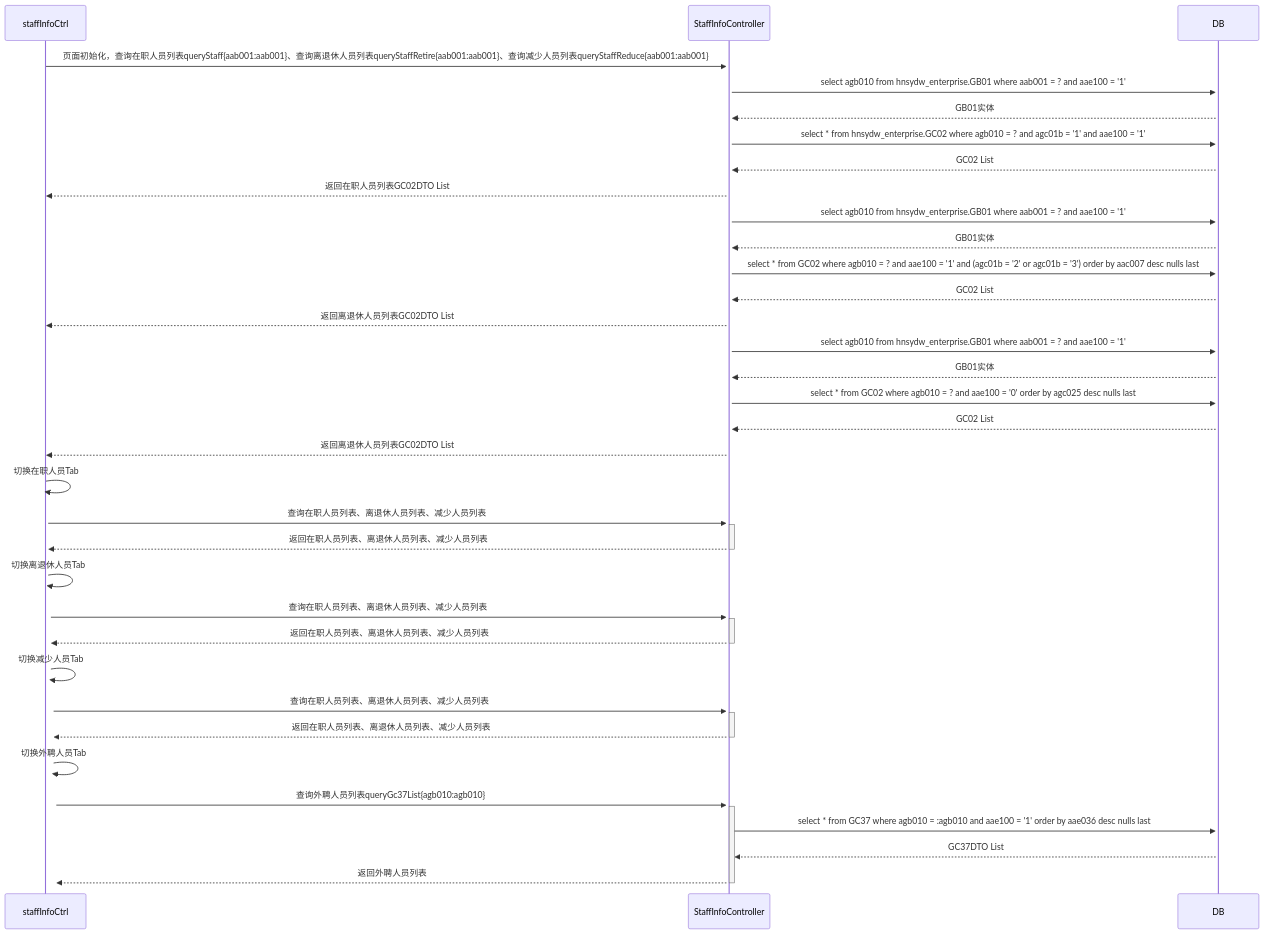
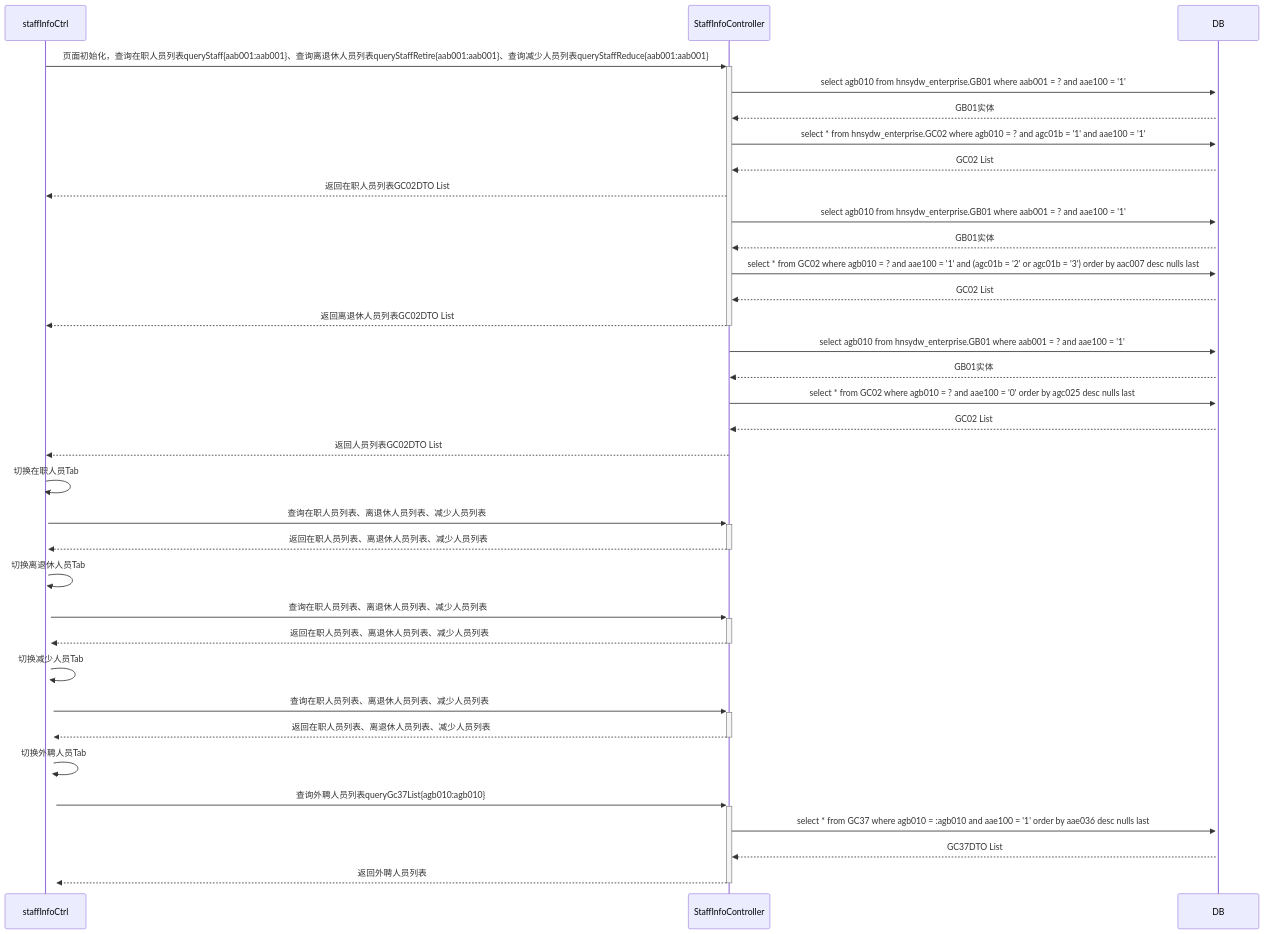
The diagram in all/未命名.md (ZhangJianBeiJing/iodraw-files), drawn with Mermaid before and after one commit.

Commit message:
2025-03-25 11:01:05 update

````diff
--- a/all/未命名.md
+++ b/all/未命名.md
@@ -1,38 +1,38 @@
 ```mermaid
 sequenceDiagram
     staffInfoCtrl->>+StaffInfoController:页面初始化，查询在职人员列表queryStaff{aab001:aab001}、查询离退休人员列表queryStaffRetire{aab001:aab001}、查询减少人员列表queryStaffReduce{aab001:aab001}
     
     StaffInfoController->>+DB:select agb010 from hnsydw_enterprise.GB01 where aab001 = ? and aae100 = '1'
     DB-->>StaffInfoController:GB01实体
     StaffInfoController->>+DB:select * from hnsydw_enterprise.GC02 where agb010 = ? and agc01b = '1' and aae100 = '1'
     DB-->>StaffInfoController:GC02 List
     StaffInfoController-->>staffInfoCtrl:返回在职人员列表GC02DTO List
     
     StaffInfoController->>+DB:select agb010 from hnsydw_enterprise.GB01 where aab001 = ? and aae100 = '1'
     DB-->>StaffInfoController:GB01实体
     StaffInfoController->>+DB:select * from GC02 where agb010 = ? and aae100 = '1' and (agc01b = '2' or agc01b = '3') order by aac007 desc nulls last 
     DB-->>StaffInfoController:GC02 List
-    StaffInfoController-->>staffInfoCtrl:返回离退休人员列表GC02DTO List
+    StaffInfoController-->>-staffInfoCtrl:返回离退休人员列表GC02DTO List
 
     StaffInfoController->>+DB:select agb010 from hnsydw_enterprise.GB01 where aab001 = ? and aae100 = '1'
     DB-->>StaffInfoController:GB01实体
     StaffInfoController->>+DB:select * from GC02 where agb010 = ? and aae100 = '0' order by agc025 desc nulls last 
     DB-->>StaffInfoController:GC02 List
-    StaffInfoController-->>staffInfoCtrl:返回离退休人员列表GC02DTO List
+    StaffInfoController-->>staffInfoCtrl:返回人员列表GC02DTO List
 
     staffInfoCtrl->>+staffInfoCtrl:切换在职人员Tab
     staffInfoCtrl->>+StaffInfoController:查询在职人员列表、离退休人员列表、减少人员列表
     StaffInfoController-->>-staffInfoCtrl:返回在职人员列表、离退休人员列表、减少人员列表
     staffInfoCtrl->>+staffInfoCtrl:切换离退休人员Tab
     staffInfoCtrl->>+StaffInfoController:查询在职人员列表、离退休人员列表、减少人员列表
     StaffInfoController-->>-staffInfoCtrl:返回在职人员列表、离退休人员列表、减少人员列表
     staffInfoCtrl->>+staffInfoCtrl:切换减少人员Tab
     staffInfoCtrl->>+StaffInfoController:查询在职人员列表、离退休人员列表、减少人员列表
     StaffInfoController-->>-staffInfoCtrl:返回在职人员列表、离退休人员列表、减少人员列表
     staffInfoCtrl->>+staffInfoCtrl:切换外聘人员Tab
     staffInfoCtrl->>+StaffInfoController:查询外聘人员列表queryGc37List{agb010:agb010}
     StaffInfoController->>+DB:select * from GC37 where agb010 = :agb010 and aae100 = '1' order by aae036 desc nulls last
     DB-->>StaffInfoController:GC37DTO List 
     StaffInfoController-->>-staffInfoCtrl:返回外聘人员列表
             
 ```
````
